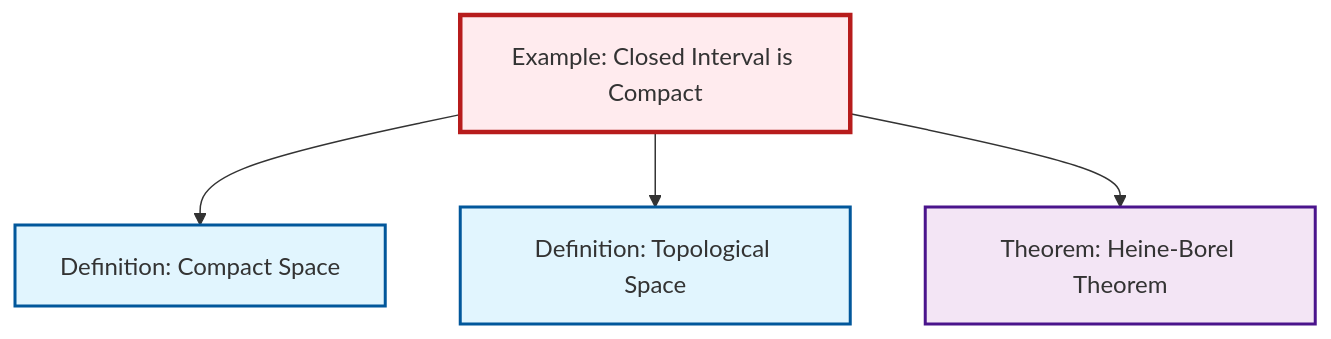
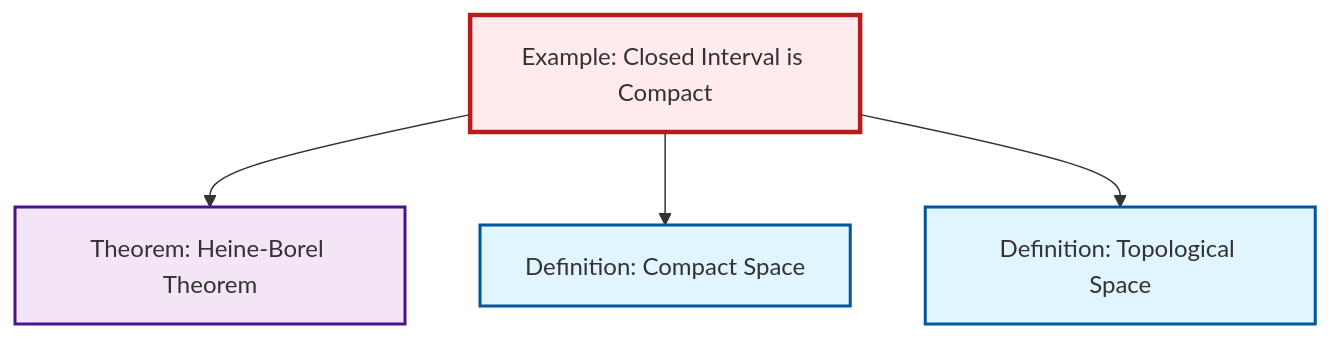
The diagram in content/en/topology/ex-closed-interval-compact.qmd (RK0429/ModernMath), drawn with Mermaid before and after one commit. The commit also changed other lines of this file and 491 other files, not shown here.

````diff
--- a/content/en/topology/ex-closed-interval-compact.qmd
+++ b/content/en/topology/ex-closed-interval-compact.qmd
@@ -54,20 +54,20 @@
 ```{mermaid}
 %%| fig-cap: "Local dependency graph"
 graph TD
     classDef definition fill:#e1f5fe,stroke:#01579b,stroke-width:2px
     classDef theorem fill:#f3e5f5,stroke:#4a148c,stroke-width:2px
     classDef axiom fill:#fff3e0,stroke:#e65100,stroke-width:2px
     classDef example fill:#e8f5e9,stroke:#1b5e20,stroke-width:2px
     classDef current fill:#ffebee,stroke:#b71c1c,stroke-width:3px
+    def-compact["Definition: Compact Space"]:::definition
+    ex-closed-interval-compact["Example: Closed Interval is Compact"]:::example
     thm-heine-borel["Theorem: Heine-Borel Theorem"]:::theorem
     def-topological-space["Definition: Topological Space"]:::definition
-    def-compact["Definition: Compact Space"]:::definition
-    ex-closed-interval-compact["Example: Closed Interval is Compact"]:::example
+    ex-closed-interval-compact --> thm-heine-borel
     ex-closed-interval-compact --> def-compact
     ex-closed-interval-compact --> def-topological-space
-    ex-closed-interval-compact --> thm-heine-borel
     class ex-closed-interval-compact current
+    click def-compact "def-compact.html" "Go to Compact Space definition"
     click thm-heine-borel "thm-heine-borel.html" "Go to Heine-Borel Theorem theorem"
     click def-topological-space "def-topological-space.html" "Go to Topological Space definition"
-    click def-compact "def-compact.html" "Go to Compact Space definition"
 ```
````
